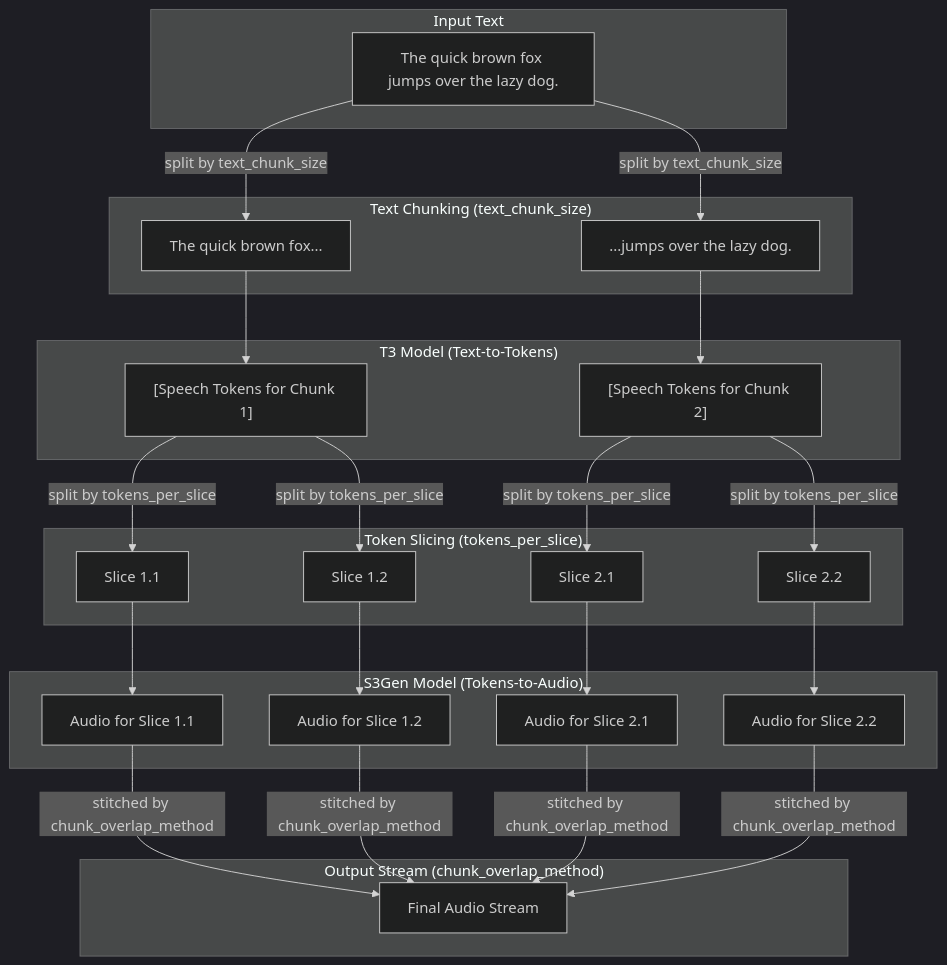
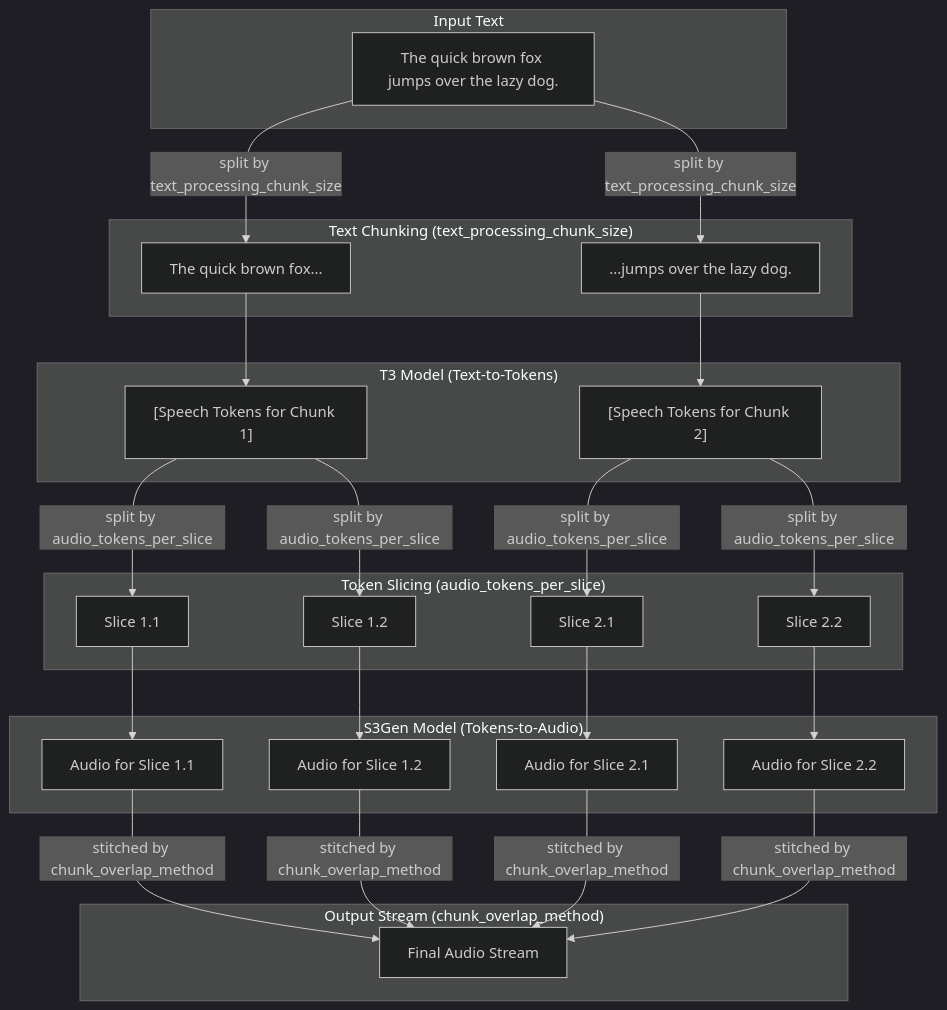
Before and after one commit to akashdeep000/chatterbox-tts: the second of 3 diagrams in README.md, drawn with Mermaid (dark theme). The commit also changed other lines of this file and 3 other files, not shown here.

````diff
--- a/README.md
+++ b/README.md
@@ -217,46 +249,46 @@
 ```mermaid
 graph TD
     subgraph "Input Text"
         A["The quick brown fox jumps over the lazy dog."]
     end
 
-    subgraph "Text Chunking (text_chunk_size)"
+    subgraph "Text Chunking (text_processing_chunk_size)"
         B["The quick brown fox..."]
         C["...jumps over the lazy dog."]
     end
 
     subgraph "T3 Model (Text-to-Tokens)"
         D["[Speech Tokens for Chunk 1]"]
         E["[Speech Tokens for Chunk 2]"]
     end
 
-    subgraph "Token Slicing (tokens_per_slice)"
+    subgraph "Token Slicing (audio_tokens_per_slice)"
         F["Slice 1.1"]
         G["Slice 1.2"]
         H["Slice 2.1"]
         I["Slice 2.2"]
     end
 
     subgraph "S3Gen Model (Tokens-to-Audio)"
         J["Audio for Slice 1.1"]
         K["Audio for Slice 1.2"]
         L["Audio for Slice 2.1"]
         M["Audio for Slice 2.2"]
     end
 
     subgraph "Output Stream (chunk_overlap_method)"
         N["Final Audio Stream"]
     end
 
-    A -- "split by text_chunk_size" --> B & C
+    A -- "split by text_processing_chunk_size" --> B & C
     B --> D
     C --> E
-    D -- "split by tokens_per_slice" --> F & G
-    E -- "split by tokens_per_slice" --> H & I
+    D -- "split by audio_tokens_per_slice" --> F & G
+    E -- "split by audio_tokens_per_slice" --> H & I
     F --> J
     G --> K
     H --> L
     I --> M
     J & K & L & M -- "stitched by chunk_overlap_method" --> N
 
 ```
````
